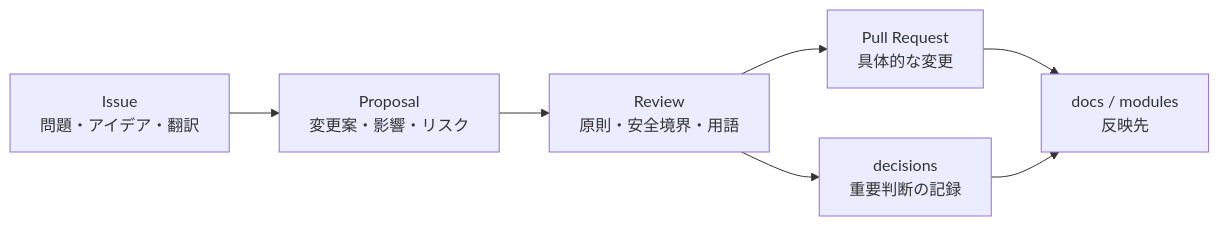
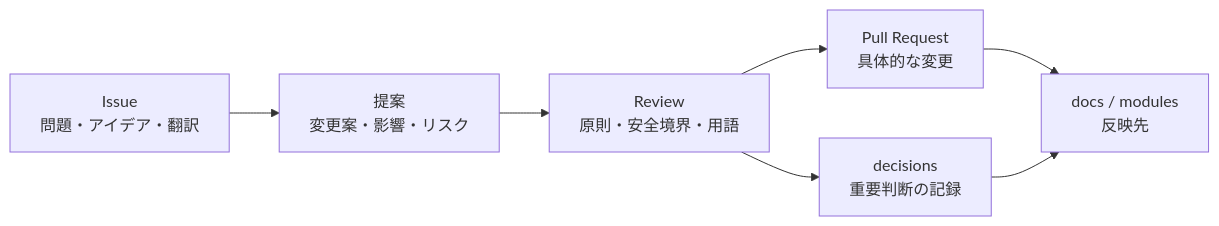
Before and after one commit to acecore-systems/world-foundation: the diagram in proposals/ja/README.md, drawn with Mermaid. The commit also changed other lines of this file and 47 other files, not shown here.

````diff
--- a/proposals/ja/README.md
+++ b/proposals/ja/README.md
@@ -9,16 +9,16 @@
 ```mermaid
 flowchart LR
   Issue["Issue<br/>問題・アイデア・翻訳"]
-  Proposal["Proposal<br/>変更案・影響・リスク"]
+  提案["提案<br/>変更案・影響・リスク"]
   Review["Review<br/>原則・安全境界・用語"]
   PullRequest["Pull Request<br/>具体的な変更"]
   Docs["docs / modules<br/>反映先"]
-  Decision["decisions<br/>重要判断の記録"]
+  意思決定["decisions<br/>重要判断の記録"]
 
-  Issue --> Proposal
-  Proposal --> Review
+  Issue --> 提案
+  提案 --> Review
   Review --> PullRequest
   PullRequest --> Docs
-  Review --> Decision
-  Decision --> Docs
+  Review --> 意思決定
+  意思決定 --> Docs
 ```
````
